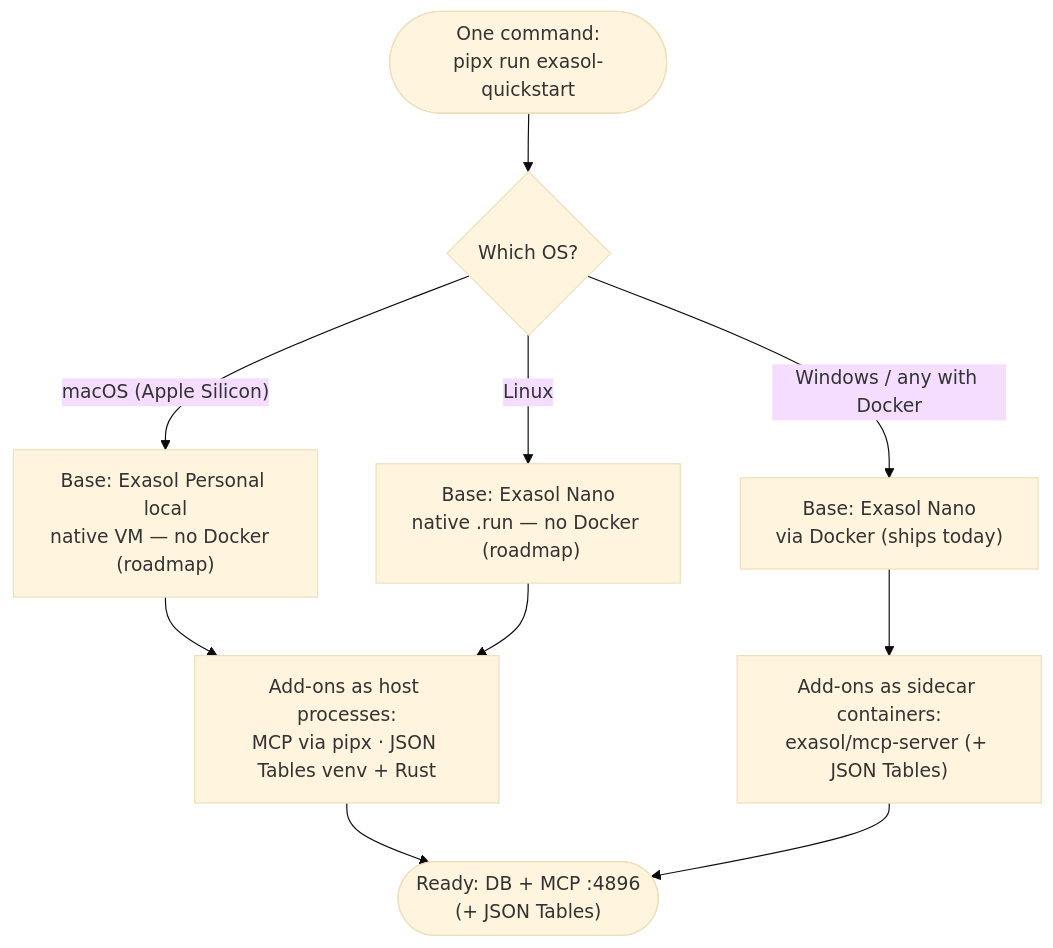
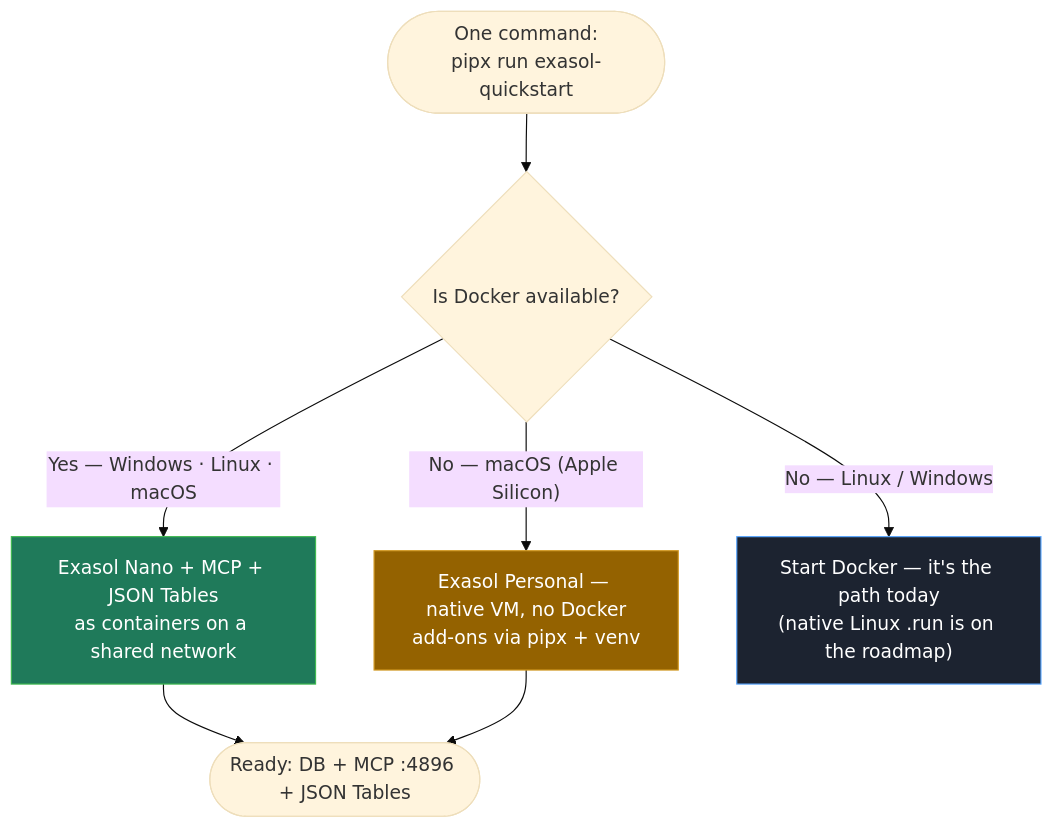
The first of 2 diagrams in docs/case-studies/recommended-approach.md (krishna-exasol/bundle-installation-methods), drawn with Mermaid (base theme) before and after one commit. The commit also changed other lines of this file, not shown here.

Commit message:
Recommended-approach: reframe decision around Docker-availability (not OS) — the Docker bundle works on Windows/Linux/macOS today; only no-Docker native routes are experimental/roadmap. Bump to 0.3.12

````diff
--- a/docs/case-studies/recommended-approach.md
+++ b/docs/case-studies/recommended-approach.md
@@ -88,15 +90,14 @@
 ```mermaid
 flowchart TD
-    Start(["One command:<br/>pipx run exasol-quickstart"]) --> OS{"Which OS?"}
+    Start(["One command:<br/>pipx run exasol-quickstart"]) --> D{"Is Docker available?"}
 
-    OS -->|"macOS (Apple Silicon)"| Mac["Base: Exasol Personal local<br/>native VM — no Docker  (roadmap)"]
-    OS -->|"Linux"| Lin["Base: Exasol Nano<br/>native .run — no Docker  (roadmap)"]
-    OS -->|"Windows / any with Docker"| Win["Base: Exasol Nano<br/>via Docker  (ships today)"]
+    D -->|"Yes — Windows · Linux · macOS"| Docker["Exasol Nano + MCP + JSON Tables<br/>as containers on a shared network"]:::ok
+    D -->|"No — macOS (Apple Silicon)"| Mac["Exasol Personal — native VM, no Docker<br/>add-ons via pipx + venv"]:::exp
+    D -->|"No — Linux / Windows"| Need["Start Docker — it's the path today<br/>(native Linux .run is on the roadmap)"]:::todo
 
-    Mac --> Host["Add-ons as host processes:<br/>MCP via pipx · JSON Tables venv + Rust"]
-    Lin --> Host
-    Win --> Side["Add-ons as sidecar containers:<br/>exasol/mcp-server (+ JSON Tables)"]
-
-    Host --> Done(["Ready: DB + MCP :4896<br/>(+ JSON Tables)"])
-    Side --> Done
+    Docker --> Done(["Ready: DB + MCP :4896 + JSON Tables"])
+    Mac --> Done
+    classDef ok fill:#1f7a5a,stroke:#3fb950,color:#fff;
+    classDef exp fill:#946200,stroke:#d29922,color:#fff;
+    classDef todo fill:#1c2330,stroke:#58a6ff,color:#fff;
 ```
````
